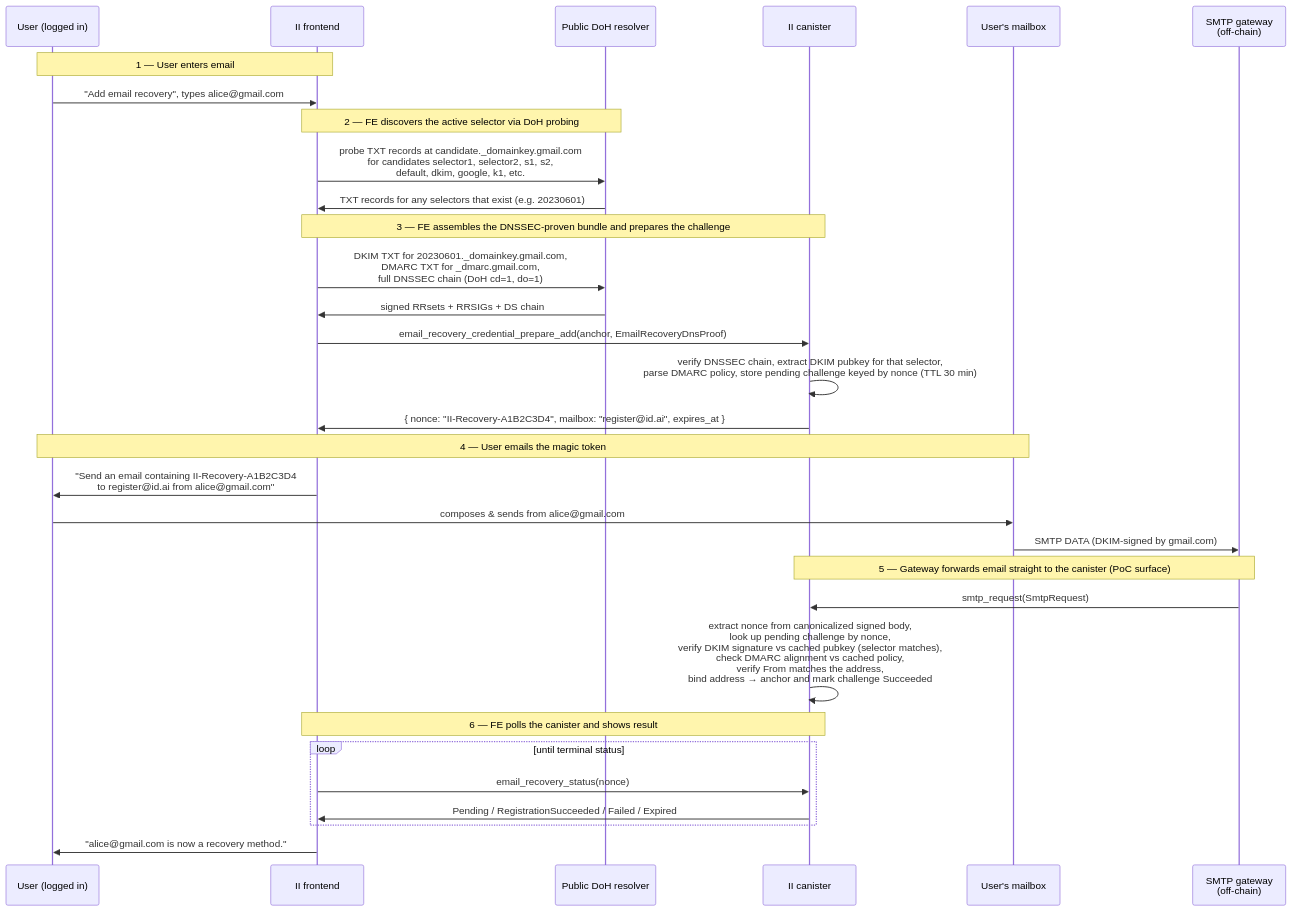
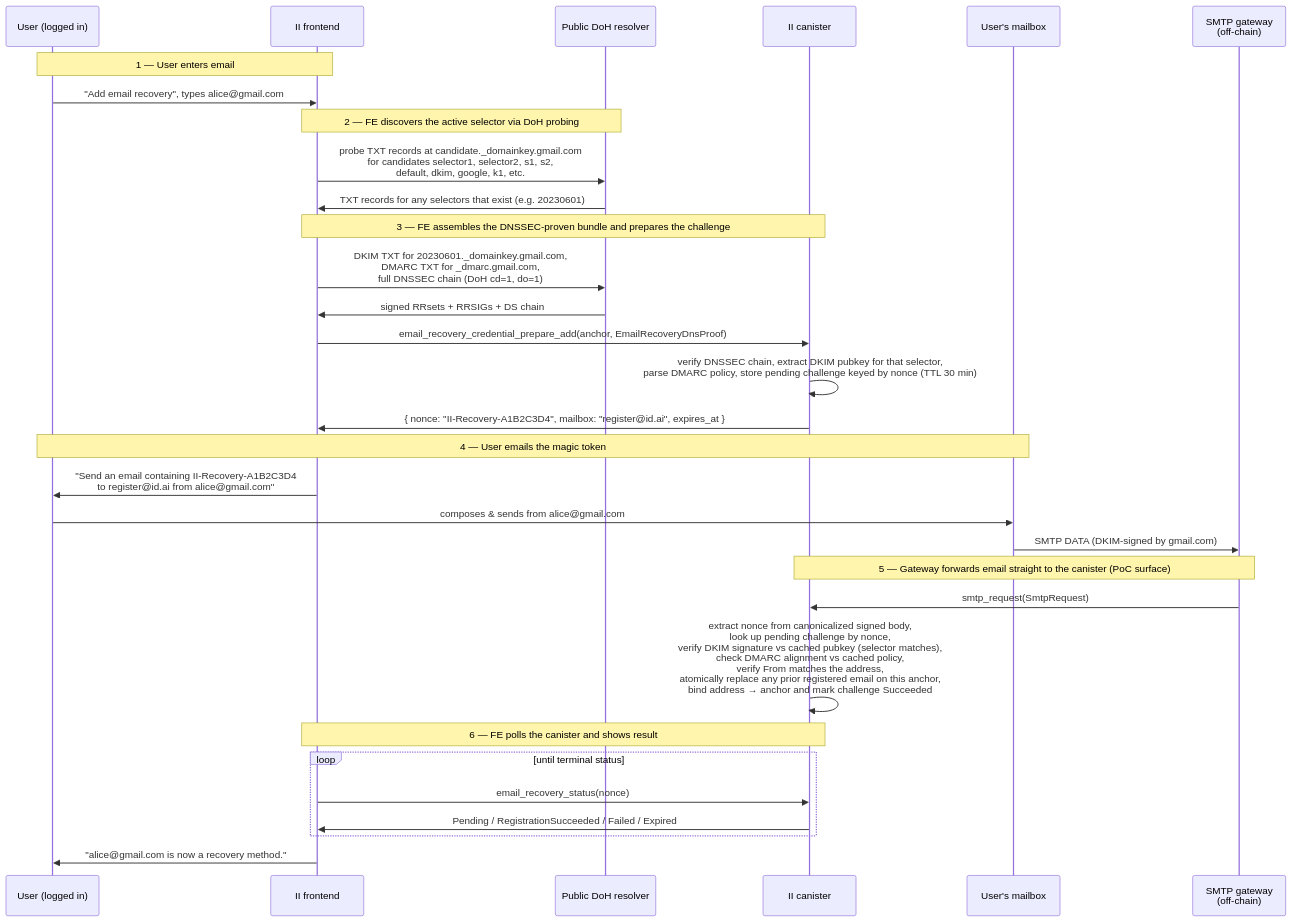
One commit to dfinity/internet-identity changed the second of 3 diagrams in docs/ongoing/email-recovery.md. Above: the diagram before and after it, drawn with Mermaid. The commit also changed other lines of this file, not shown here.

First line of the commit message:
Cap registered emails per anchor at 1 with atomic replace; pin nonce-only keying

````diff
--- a/docs/ongoing/email-recovery.md
+++ b/docs/ongoing/email-recovery.md
@@ -636,39 +638,39 @@
 ```mermaid
 sequenceDiagram
     participant U as User (logged in)
     participant FE as II frontend
     participant DNS as Public DoH resolver
     participant II as II canister
     participant Mail as User's mailbox
     participant GW as SMTP gateway<br/>(off-chain)
 
     Note over U,FE: 1 — User enters email
     U->>FE: "Add email recovery", types alice@gmail.com
 
     Note over FE,DNS: 2 — FE discovers the active selector via DoH probing
     FE->>DNS: probe TXT records at candidate._domainkey.gmail.com<br/>for candidates selector1, selector2, s1, s2,<br/>default, dkim, google, k1, etc.
     DNS->>FE: TXT records for any selectors that exist (e.g. 20230601)
 
     Note over FE,II: 3 — FE assembles the DNSSEC-proven bundle and prepares the challenge
     FE->>DNS: DKIM TXT for 20230601._domainkey.gmail.com,<br/>DMARC TXT for _dmarc.gmail.com,<br/>full DNSSEC chain (DoH cd=1, do=1)
     DNS->>FE: signed RRsets + RRSIGs + DS chain
     FE->>II: email_recovery_credential_prepare_add(anchor, EmailRecoveryDnsProof)
     II->>II: verify DNSSEC chain, extract DKIM pubkey for that selector,<br/>parse DMARC policy, store pending challenge keyed by nonce (TTL 30 min)
     II->>FE: { nonce: "II-Recovery-A1B2C3D4", mailbox: "register@id.ai", expires_at }
 
     Note over U,Mail: 4 — User emails the magic token
     FE->>U: "Send an email containing II-Recovery-A1B2C3D4<br/>to register@id.ai from alice@gmail.com"
     U->>Mail: composes & sends from alice@gmail.com
     Mail->>GW: SMTP DATA (DKIM-signed by gmail.com)
 
     Note over GW,II: 5 — Gateway forwards email straight to the canister (PoC surface)
     GW->>II: smtp_request(SmtpRequest)
-    II->>II: extract nonce from canonicalized signed body,<br/>look up pending challenge by nonce,<br/>verify DKIM signature vs cached pubkey (selector matches),<br/>check DMARC alignment vs cached policy,<br/>verify From matches the address,<br/>bind address → anchor and mark challenge Succeeded
+    II->>II: extract nonce from canonicalized signed body,<br/>look up pending challenge by nonce,<br/>verify DKIM signature vs cached pubkey (selector matches),<br/>check DMARC alignment vs cached policy,<br/>verify From matches the address,<br/>atomically replace any prior registered email on this anchor,<br/>bind address → anchor and mark challenge Succeeded
 
     Note over FE,II: 6 — FE polls the canister and shows result
     loop until terminal status
         FE->>II: email_recovery_status(nonce)
         II->>FE: Pending / RegistrationSucceeded / Failed / Expired
     end
     FE->>U: "alice@gmail.com is now a recovery method."
 ```
````
